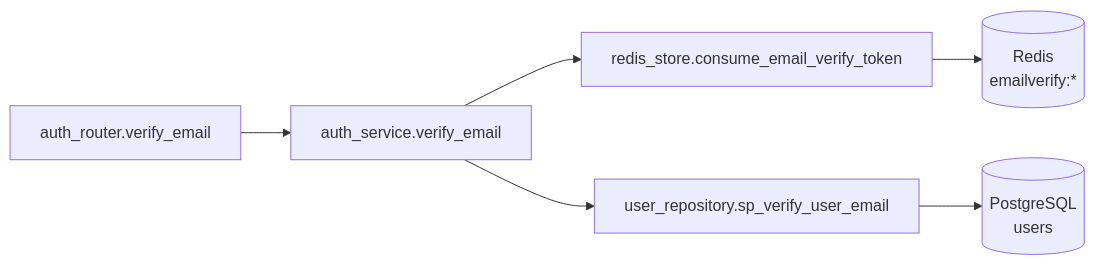
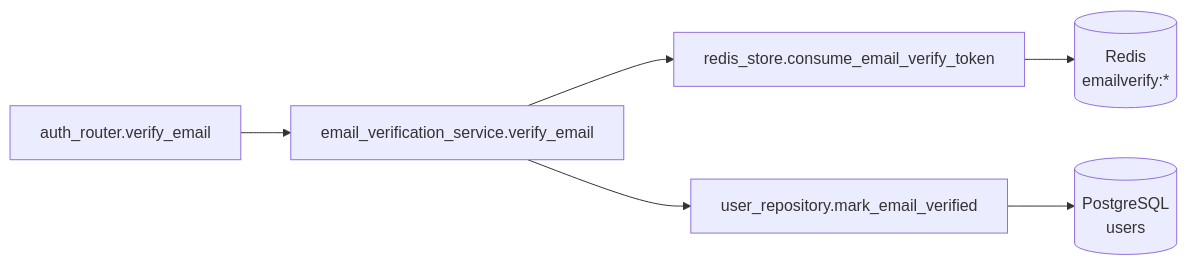
The third of 4 diagrams in docs/detailed_design/api/auth/07_post_auth_verify_email.md (oikawa-d/task_management), drawn with Mermaid before and after one commit. The commit also changed other lines of this file and 33 other files, not shown here.

````diff
--- a/docs/detailed_design/api/auth/07_post_auth_verify_email.md
+++ b/docs/detailed_design/api/auth/07_post_auth_verify_email.md
@@ -178,8 +178,8 @@
 ```mermaid
 flowchart LR
-    R["auth_router.verify_email"] --> S["auth_service.verify_email"]
+    R["auth_router.verify_email"] --> S["email_verification_service.verify_email"]
     S --> RD["redis_store.consume_email_verify_token"]
-    S --> UR["user_repository.sp_verify_user_email"]
+    S --> UR["user_repository.mark_email_verified"]
     RD --> REDIS[("Redis<br/>emailverify:*")]
     UR --> PG[("PostgreSQL<br/>users")]
 ```
````
